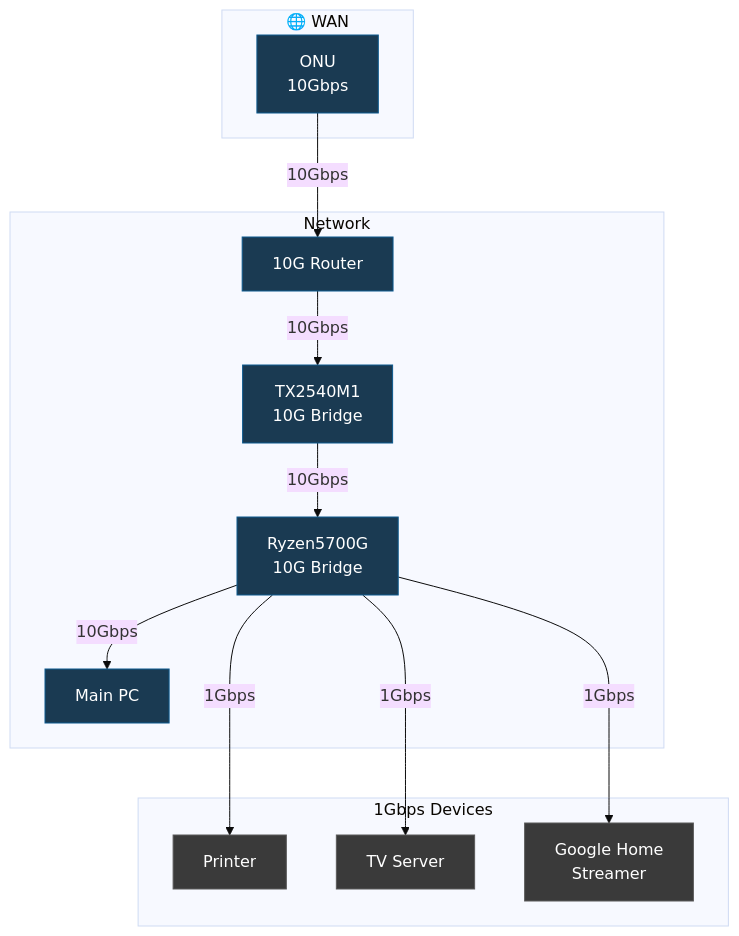
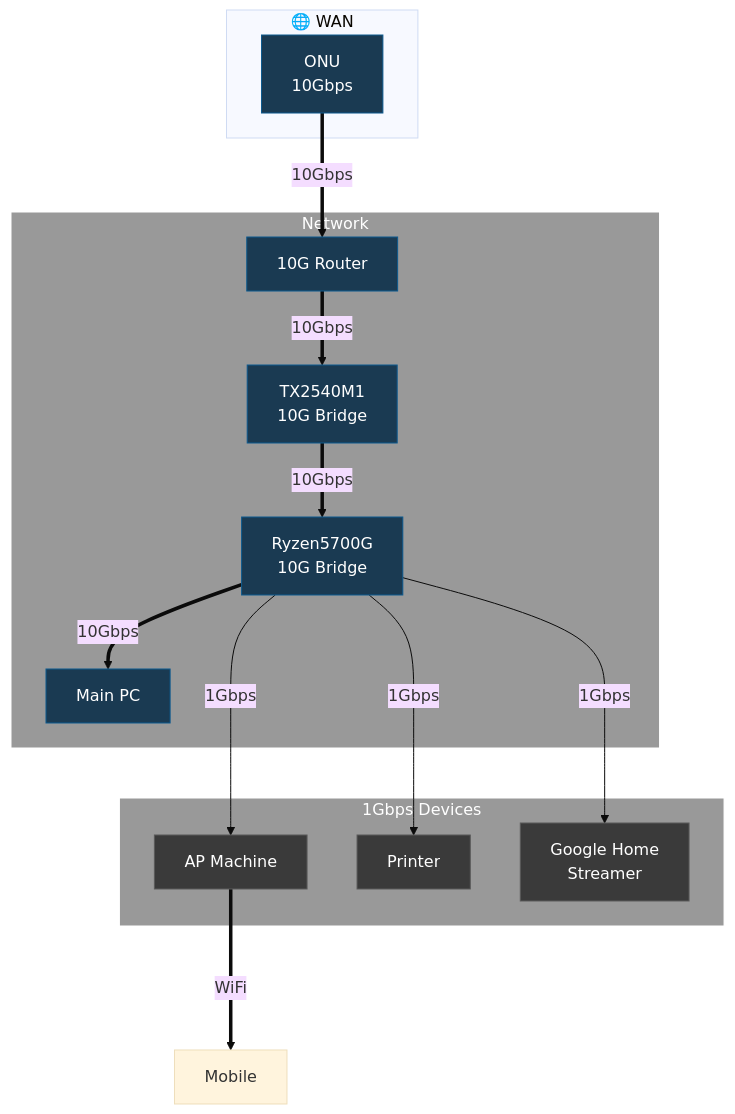
One commit to Tagomori0211/tagomori-homelab changed the diagram in README.md. Above: the diagram before and after it, drawn with Mermaid (base theme). The commit also changed other lines of this file and 1 other file, not shown here.

````diff
--- a/README.md
+++ b/README.md
@@ -96,34 +111,38 @@
 ```mermaid
 flowchart TB
     subgraph WAN["🌐 WAN"]
         D["ONU<br/>10Gbps"]
     end
     
     subgraph Network["Network"]
         E["10G Router"]
         A["TX2540M1<br>10G Bridge"]
         B["Ryzen5700G<br>10G Bridge"]
         C["Main PC"]
     end
     
-    subgraph Peripherals["1Gbps Devices"]
+    subgraph 1Gbps_Devices["1Gbps Devices"]
+        AP["AP Machine"]
         F["Printer"]
-        G["TV Server"]
         H["Google Home<br/>Streamer"]
     end
     
-    D -->|10Gbps| E
-    E -->|10Gbps| A
-    A -->|10Gbps| B
-    B -->|10Gbps| C
+    D ==>|10Gbps| E
+    E ==>|10Gbps| A
+    A ==>|10Gbps| B
+    B ==>|10Gbps| C
     
     B --->|1Gbps| F
-    B --->|1Gbps| G
     B --->|1Gbps| H
+    B --->|1Gbps| AP
+    AP ===>|WiFi| I[Mobile]
     
     classDef dark_blue fill:#1a3a52,stroke:#0d5a8f,color:#fff
     classDef dark_gray fill:#3a3a3a,stroke:#5a5a5a,color:#fff
+    classDef Network fill:#999,stroke:#fff,color:#fff
     
     class D,E,A,B,C dark_blue
-    class F,G,H dark_gray
+    class F,G,H,AP dark_gray
+    class Network,1Gbps_Devices Network
+
 ```
````
